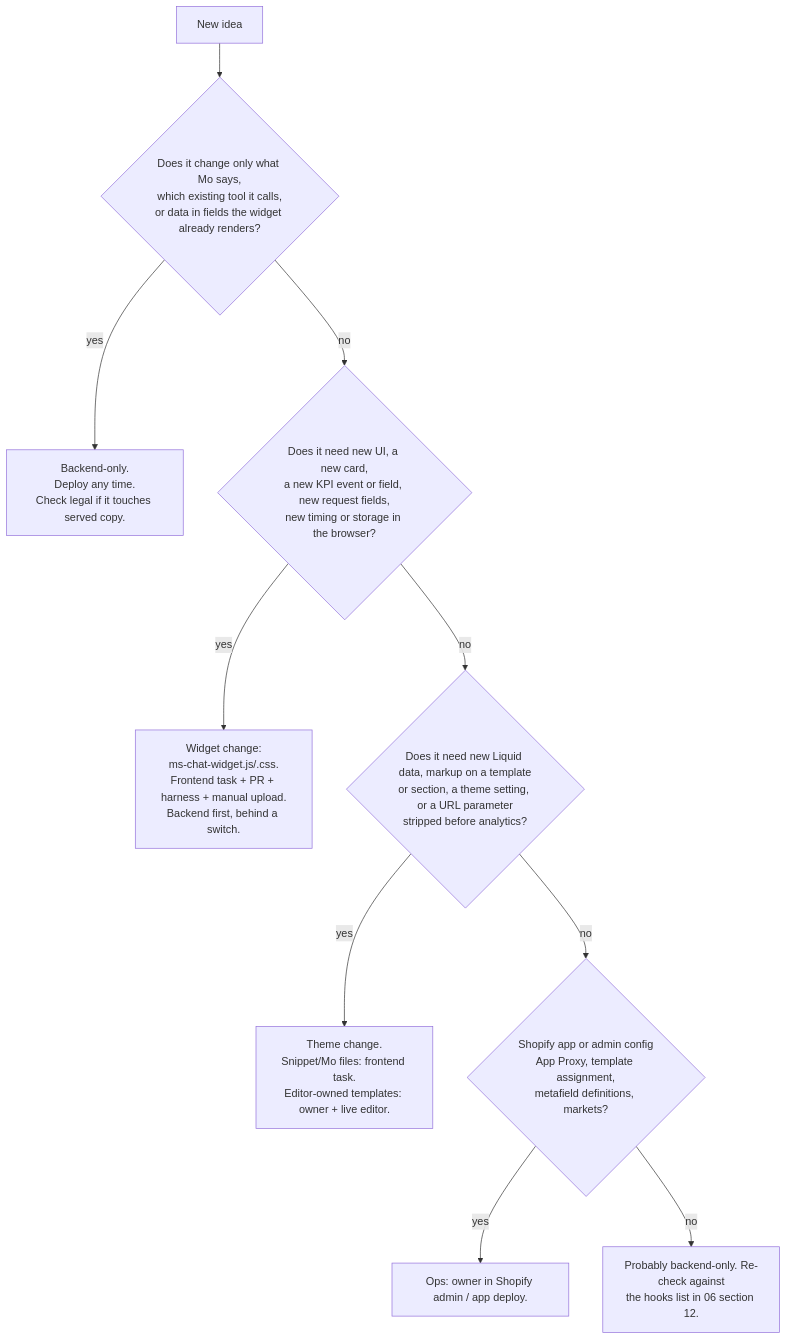
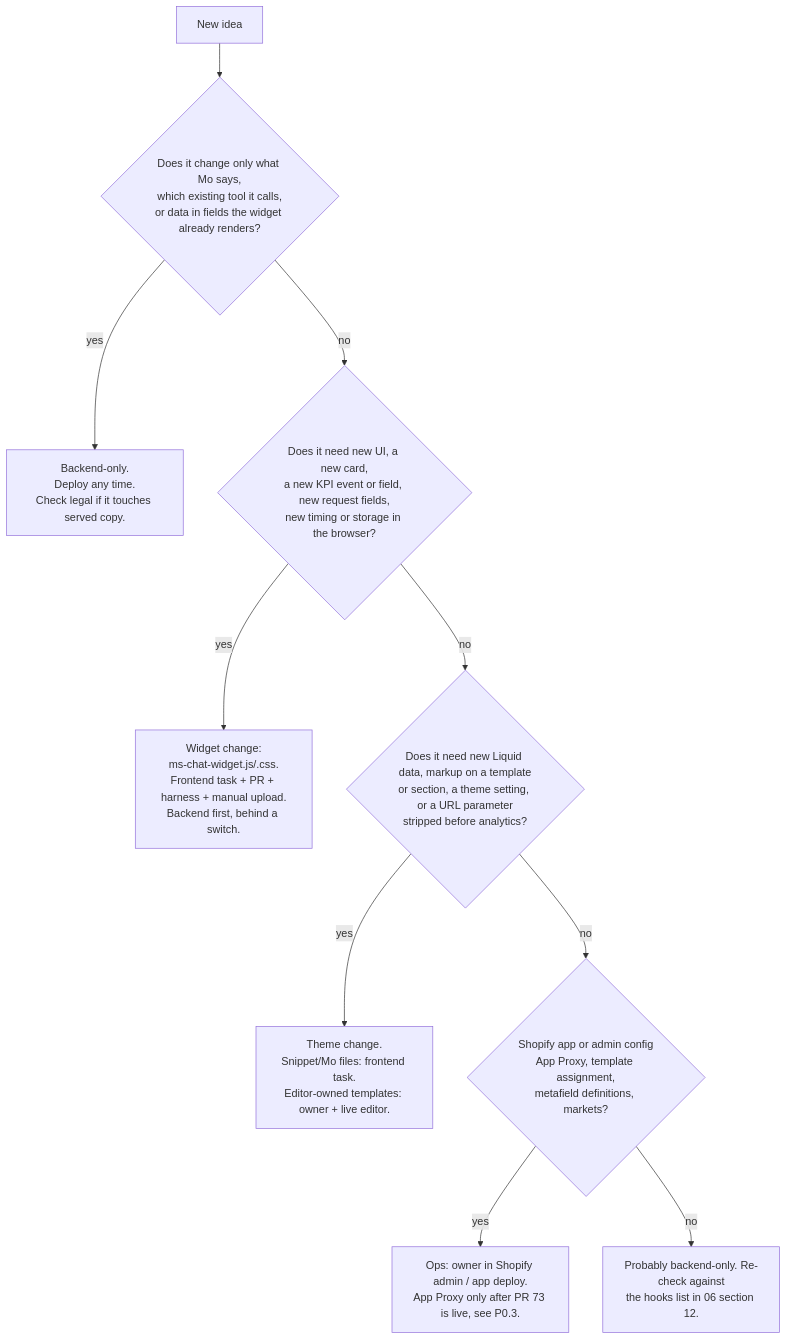
One commit to MarcelKueck/ms_shopify_clone changed the diagram in docs/frontend/07-feature-and-kpi-playbook.md. Above: the diagram before and after it, drawn with Mermaid. The commit also changed other lines of this file and 7 other files, not shown here.

````diff
--- a/docs/frontend/07-feature-and-kpi-playbook.md
+++ b/docs/frontend/07-feature-and-kpi-playbook.md
@@ -42,12 +42,12 @@
 ```mermaid
 flowchart TD
   A[New idea] --> B{Does it change only what Mo says,<br/>which existing tool it calls,<br/>or data in fields the widget already renders?}
   B -- yes --> BE[Backend-only.<br/>Deploy any time.<br/>Check legal if it touches served copy.]
   B -- no --> C{Does it need new UI, a new card,<br/>a new KPI event or field, new request fields,<br/>new timing or storage in the browser?}
   C -- yes --> W[Widget change:<br/>ms-chat-widget.js/.css.<br/>Frontend task + PR + harness + manual upload.<br/>Backend first, behind a switch.]
   C -- no --> D{Does it need new Liquid data, markup on a template<br/>or section, a theme setting, or a URL parameter<br/>stripped before analytics?}
   D -- yes --> T[Theme change.<br/>Snippet/Mo files: frontend task.<br/>Editor-owned templates: owner + live editor.]
   D -- no --> E{Shopify app or admin config<br/>App Proxy, template assignment,<br/>metafield definitions, markets?}
-  E -- yes --> O[Ops: owner in Shopify admin / app deploy.]
+  E -- yes --> O[Ops: owner in Shopify admin / app deploy.<br/>App Proxy only after PR 73 is live, see P0.3.]
   E -- no --> L[Probably backend-only. Re-check against<br/>the hooks list in 06 section 12.]
 ```
````
